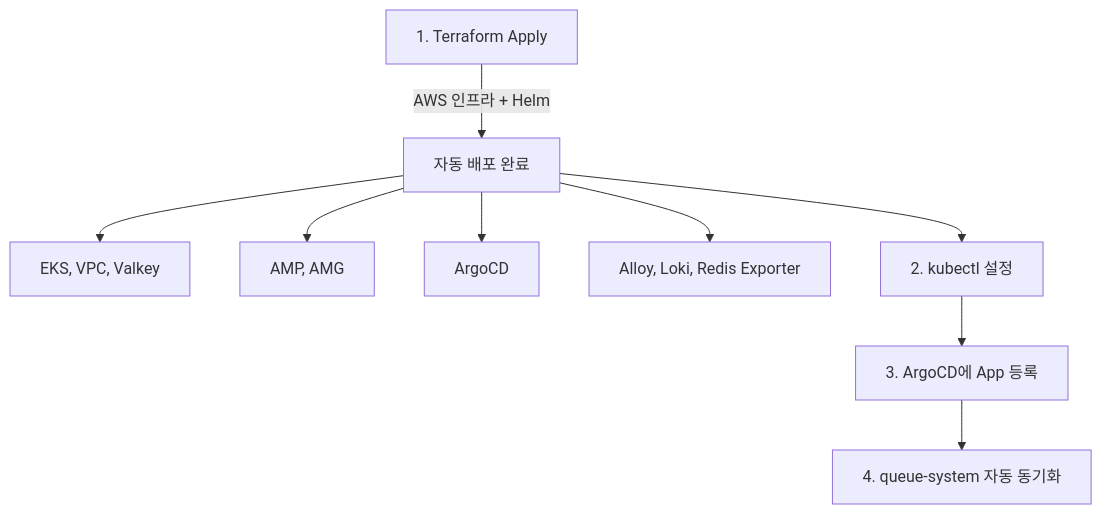
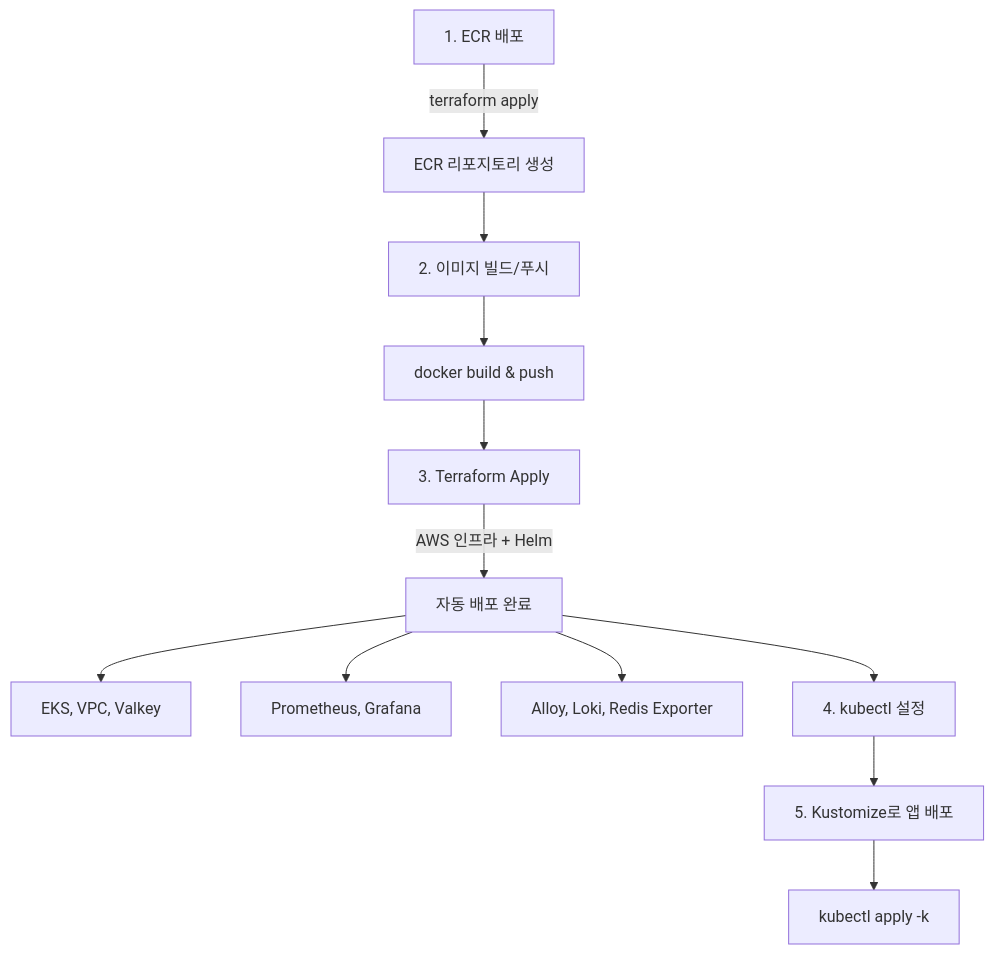
Before and after one commit to likelion-cloud-423/queue-infra: the third of 3 diagrams in README.md, drawn with Mermaid. The commit also changed other lines of this file and 1 other file, not shown here.

````diff
--- a/README.md
+++ b/README.md
@@ -233,12 +269,15 @@
 ```mermaid
 flowchart TD
-    A[1. Terraform Apply] -->|AWS 인프라 + Helm| B[자동 배포 완료]
-    B --> B1[EKS, VPC, Valkey]
-    B --> B2[AMP, AMG]
-    B --> B3[ArgoCD]
-    B --> B4[Alloy, Loki, Redis Exporter]
+    A[1. ECR 배포] -->|terraform apply| B[ECR 리포지토리 생성]
+    B --> C[2. 이미지 빌드/푸시]
+    C --> D[docker build & push]
+    D --> E[3. Terraform Apply]
+    E -->|AWS 인프라 + Helm| F[자동 배포 완료]
+    F --> F1[EKS, VPC, Valkey]
+    F --> F2[Prometheus, Grafana]
+    F --> F3[Alloy, Loki, Redis Exporter]
     
-    B --> C[2. kubectl 설정]
-    C --> D[3. ArgoCD에 App 등록]
-    D --> E[4. queue-system 자동 동기화]
+    F --> G[4. kubectl 설정]
+    G --> H[5. Kustomize로 앱 배포]
+    H --> I[kubectl apply -k]
 ```
````
